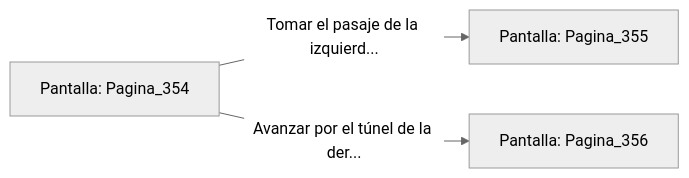
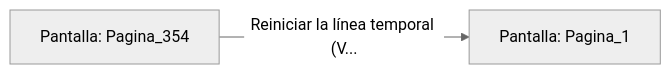
Before and after one commit to metsuke/mpl: the diagram in sample/eligejuego-vault/Pantalla_Pagina_354.md, drawn with Mermaid (neutral theme). The commit also changed other lines of this file and 635 other files, not shown here.

First line of the commit message:
fix: añadir Pagina_1 como pantalla inicial en capitulo_01.mpl

````diff
--- a/sample/eligejuego-vault/Pantalla_Pagina_354.md
+++ b/sample/eligejuego-vault/Pantalla_Pagina_354.md
@@ -20,6 +17,5 @@
 ```mermaid
 graph LR
     P_Pagina_354["Pantalla: Pagina_354"]
-    P_Pagina_354 -->|"Tomar el pasaje de la izquierd..."| P_Pagina_355["Pantalla: Pagina_355"]
-    P_Pagina_354 -->|"Avanzar por el túnel de la der..."| P_Pagina_356["Pantalla: Pagina_356"]
+    P_Pagina_354 -->|"Reiniciar la línea temporal (V..."| P_Pagina_1["Pantalla: Pagina_1"]
 ```
````
